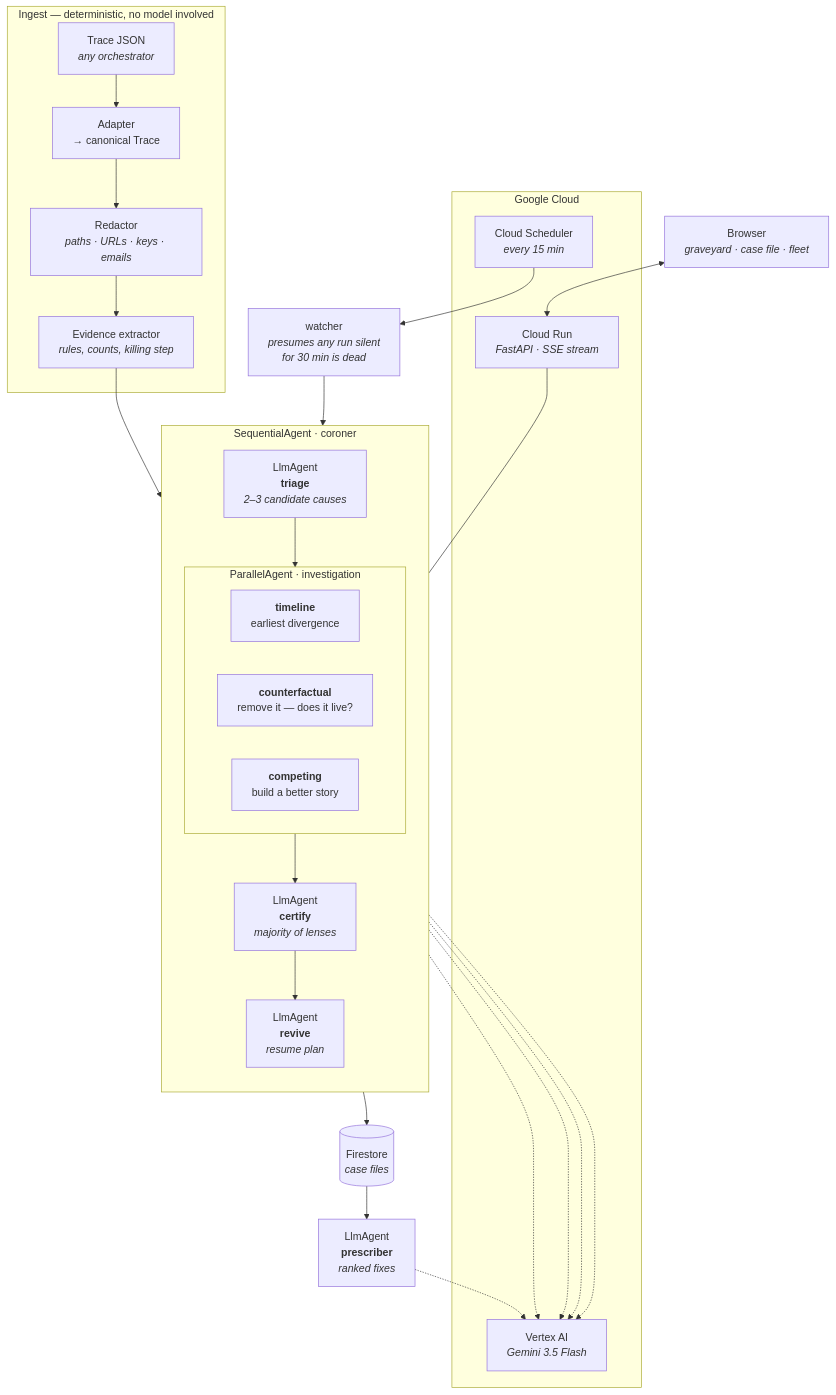
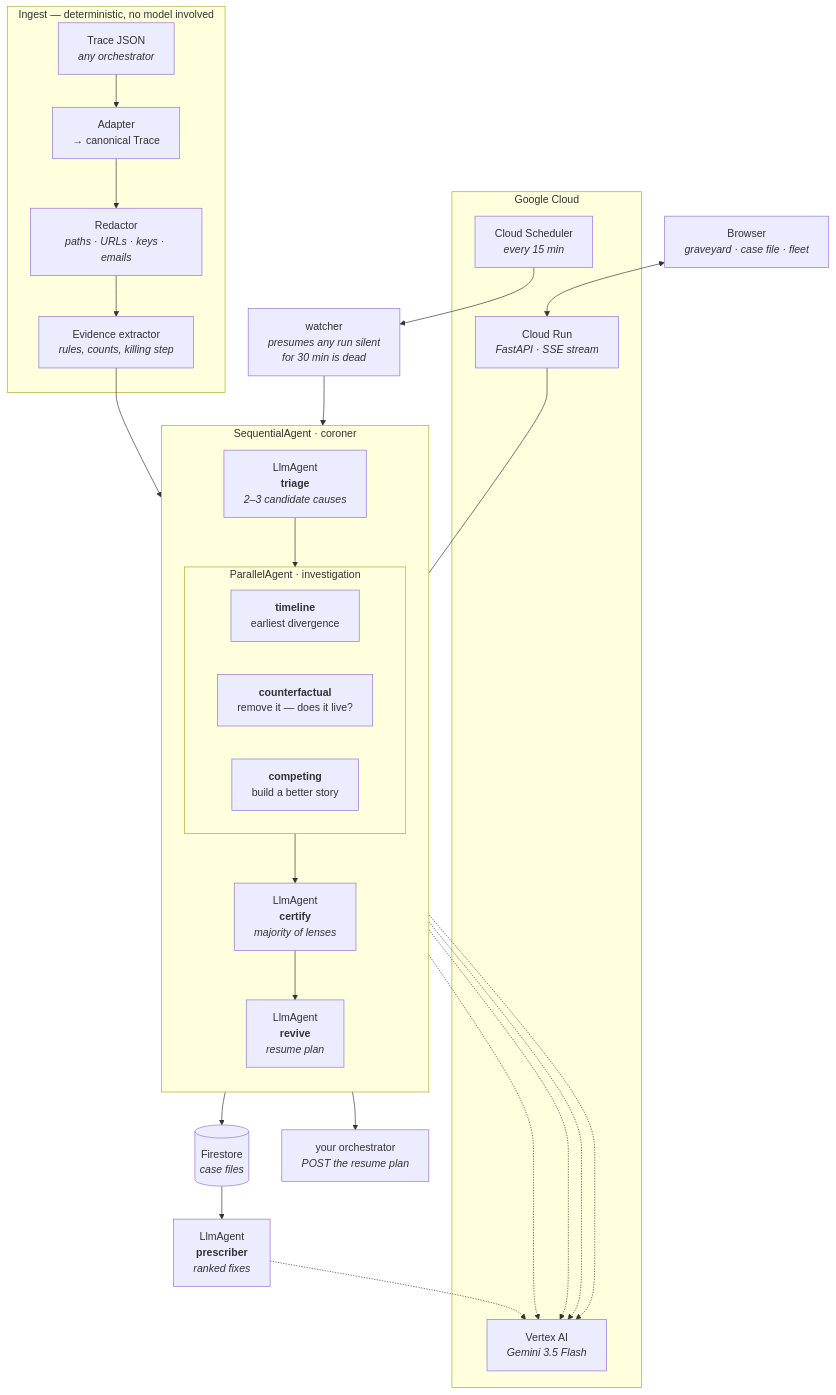
Before and after one commit to Avischai-G/avi-notes-assistant: the diagram in README.md, drawn with Mermaid. The commit also changed other lines of this file and 10 other files, not shown here.

````diff
--- a/README.md
+++ b/README.md
@@ -66,44 +76,45 @@
 ```mermaid
 flowchart TB
     subgraph ingest["Ingest — deterministic, no model involved"]
         T["Trace JSON<br/><i>any orchestrator</i>"] --> A["Adapter<br/>→ canonical Trace"]
         A --> R["Redactor<br/><i>paths · URLs · keys · emails</i>"]
         R --> E["Evidence extractor<br/><i>rules, counts, killing step</i>"]
     end
 
     subgraph coroner["SequentialAgent · coroner"]
         direction TB
         E --> TR["LlmAgent<br/><b>triage</b><br/><i>2–3 candidate causes</i>"]
         TR --> P
 
         subgraph P["ParallelAgent · investigation"]
             direction LR
             I1["<b>timeline</b><br/>earliest divergence"]
             I2["<b>counterfactual</b><br/>remove it — does it live?"]
             I3["<b>competing</b><br/>build a better story"]
         end
 
         P --> C["LlmAgent<br/><b>certify</b><br/><i>majority of lenses</i>"]
         C --> V["LlmAgent<br/><b>revive</b><br/><i>resume plan</i>"]
     end
 
+    V --> ORC["your orchestrator<br/><i>POST the resume plan</i>"]
     V --> FS[("Firestore<br/><i>case files</i>")]
     FS --> FL["LlmAgent<br/><b>prescriber</b><br/><i>ranked fixes</i>"]
 
     subgraph gcp["Google Cloud"]
         CR["Cloud Run<br/><i>FastAPI · SSE stream</i>"]
         VX["Vertex AI<br/><i>Gemini 3.5 Flash</i>"]
         SCH["Cloud Scheduler<br/><i>every 15 min</i>"]
     end
 
     SCH --> W["watcher<br/><i>presumes any run silent<br/>for 30 min is dead</i>"]
     W --> TR
 
     TR -.-> VX
     P -.-> VX
     C -.-> VX
     V -.-> VX
     FL -.-> VX
     CR --- coroner
     UI["Browser<br/><i>graveyard · case file · fleet</i>"] <--> CR
 ```
````
